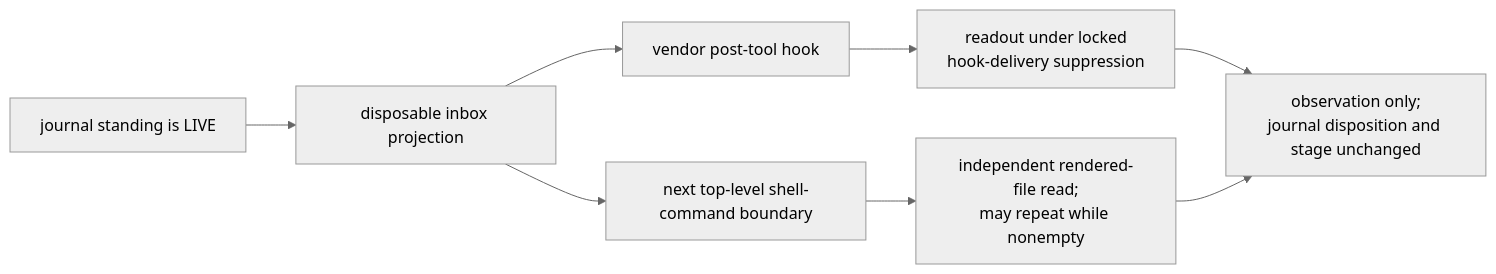
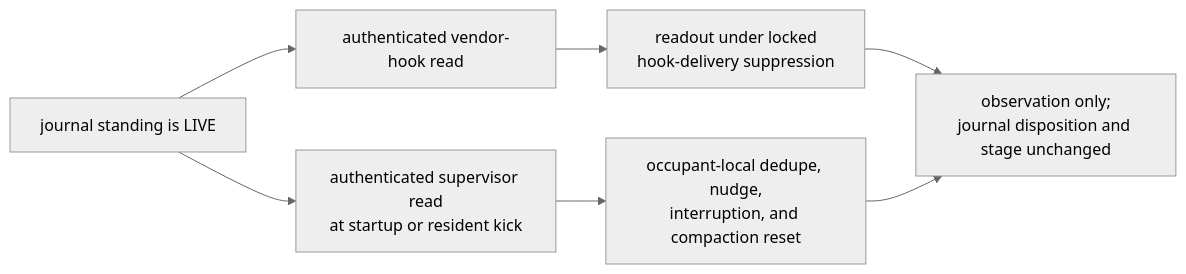
Before and after one commit to infimalabs/spice-rust: the tenth of 19 diagrams in docs/product/model/states.md, drawn with Mermaid (neutral theme). The commit also changed other lines of this file and 95 other files, not shown here.

````diff
--- a/docs/product/model/states.md
+++ b/docs/product/model/states.md
@@ -252,10 +252,9 @@
 ```mermaid
 flowchart LR
-  J["journal standing is LIVE"] --> I["disposable inbox projection"]
-  I --> H["vendor post-tool hook"]
-  I --> S["next top-level shell-command boundary"]
+  J["journal standing is LIVE"] --> H["authenticated vendor-hook read"]
+  J --> S["authenticated supervisor read<br/>at startup or resident kick"]
   H --> HR["readout under locked<br/>hook-delivery suppression"]
-  S --> SR["independent rendered-file read;<br/>may repeat while nonempty"]
+  S --> SR["occupant-local dedupe, nudge,<br/>interruption, and compaction reset"]
   HR --> O["observation only;<br/>journal disposition and stage unchanged"]
   SR --> O
 ```
````
